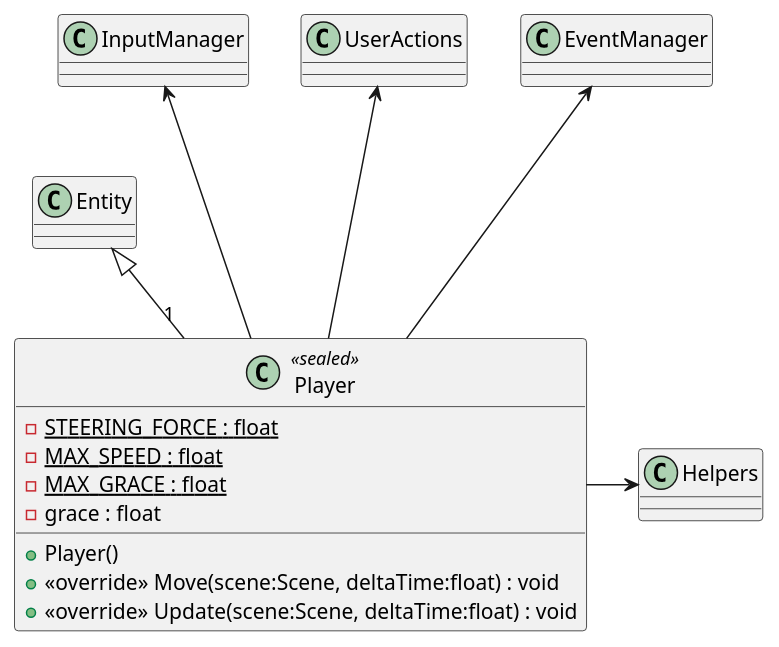
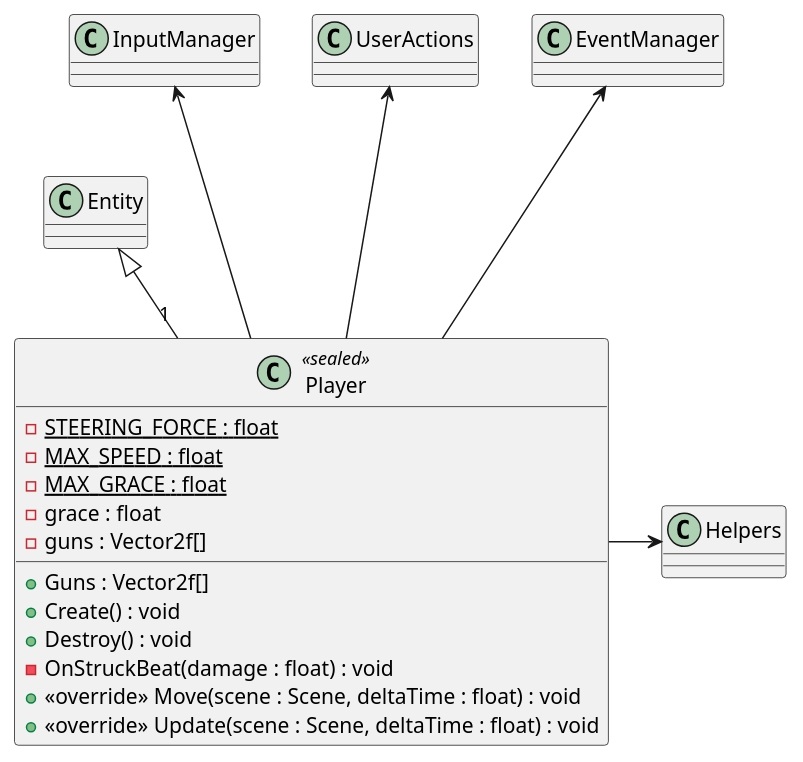
The diagram in plantuml/Player.puml (Ruby1405/PaceInvaders), drawn with PlantUML before and after one commit. The commit also changed 10 other files, not shown here.

Commit message:
Updated class diagram

```diff
--- a/plantuml/Player.puml
+++ b/plantuml/Player.puml
@@ -1,16 +1,20 @@
 @startuml
 class Player <<sealed>> {
     - {static} STEERING_FORCE : float
     - {static} MAX_SPEED : float
     - {static} MAX_GRACE : float
     - grace : float
-    + Player()
-    + <<override>> Move(scene:Scene, deltaTime:float) : void
-    + <<override>> Update(scene:Scene, deltaTime:float) : void
+    - guns : Vector2f[]
+    + {method} Guns : Vector2f[]
+    + Create() : void
+    + Destroy() : void
+    - OnStruckBeat(damage : float) : void
+    + <<override>> Move(scene : Scene, deltaTime : float) : void
+    + <<override>> Update(scene : Scene, deltaTime : float) : void
 }
 Entity <|-- "1" Player
 InputManager <--- Player
 UserActions <--- Player
 Player -> Helpers
 EventManager <--- Player
 @enduml
```
